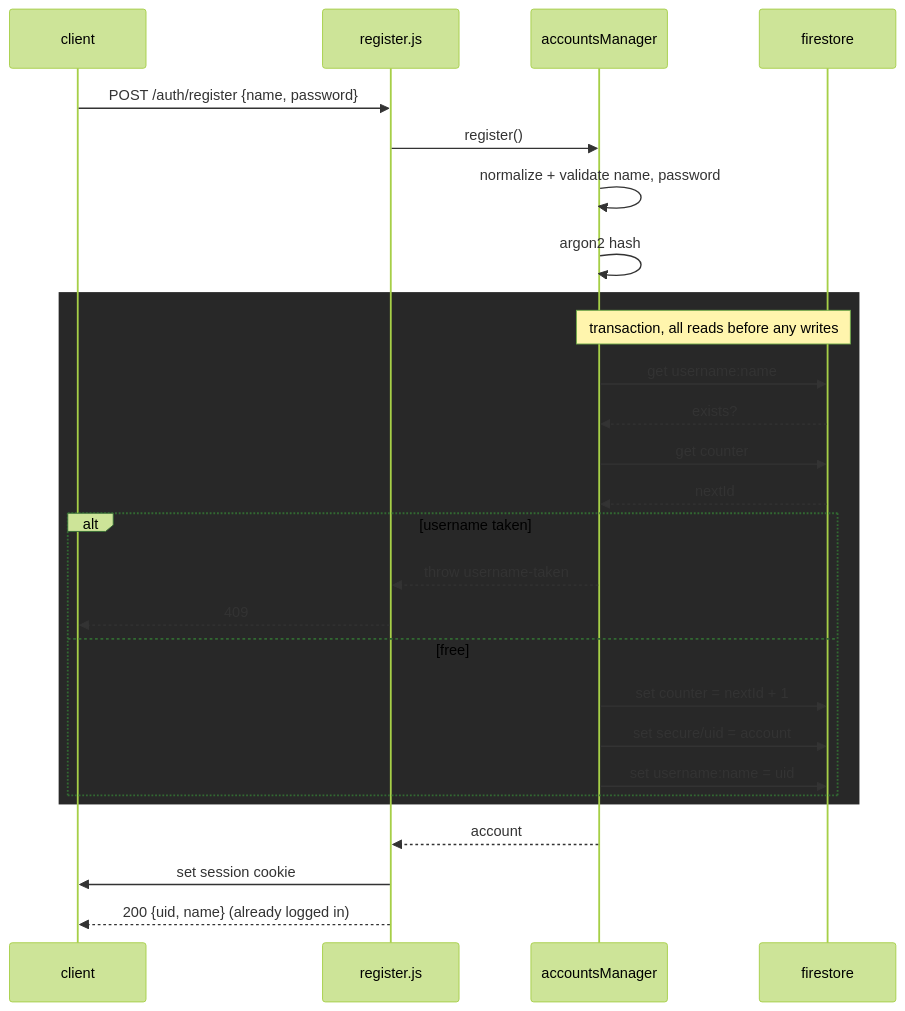
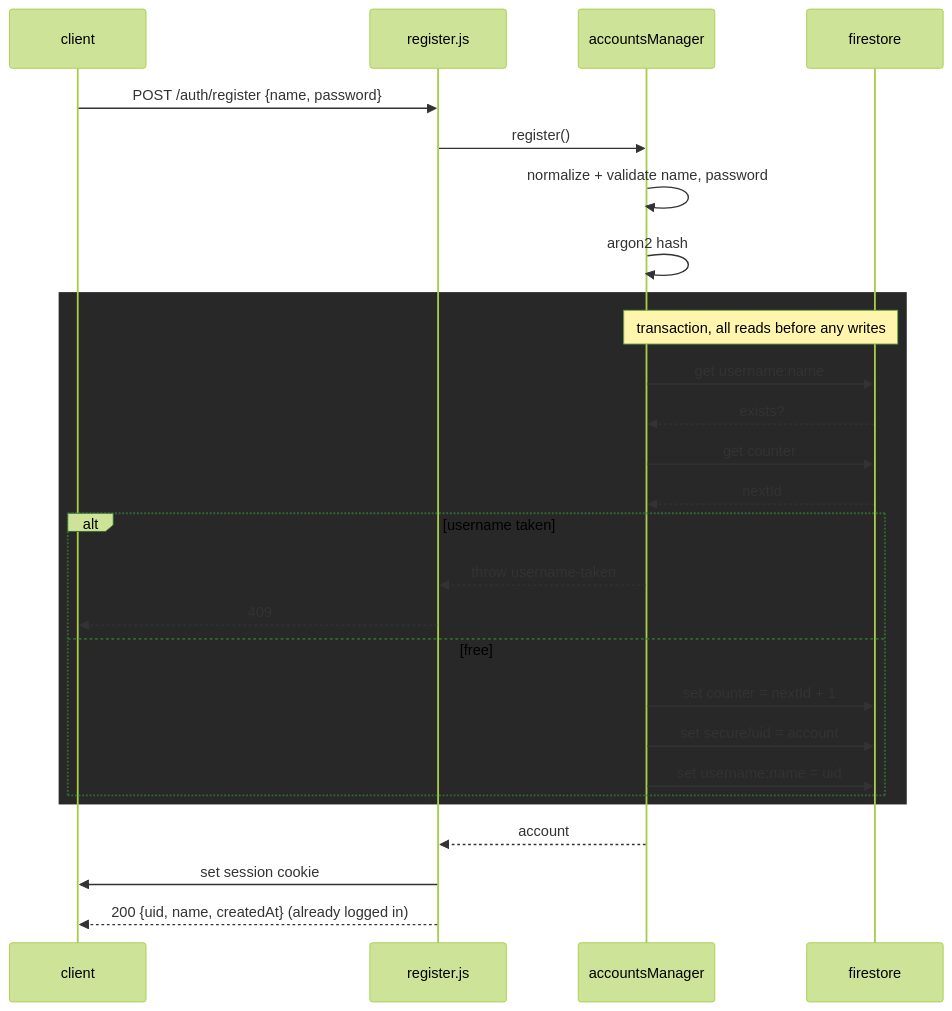
Before and after one commit to Air-zy/airWebsite: the third of 7 diagrams in ARCHITECTURE.md, drawn with Mermaid (forest theme). The commit also changed other lines of this file and 1 other file, not shown here.

First line of the commit message:
docs: architecture and readme match the code again

````diff
--- a/ARCHITECTURE.md
+++ b/ARCHITECTURE.md
@@ -72,33 +78,33 @@
 ```mermaid
 sequenceDiagram
   participant C as client
   participant R as register.js
   participant M as accountsManager
   participant F as firestore
 
   C->>R: POST /auth/register {name, password}
   R->>M: register()
   M->>M: normalize + validate name, password
   M->>M: argon2 hash
 
   rect rgb(40,40,40)
     Note over M,F: transaction, all reads before any writes
     M->>F: get username:name
     F-->>M: exists?
     M->>F: get counter
     F-->>M: nextId
 
     alt username taken
       M-->>R: throw username-taken
       R-->>C: 409
     else free
       M->>F: set counter = nextId + 1
       M->>F: set secure/uid = account
       M->>F: set username:name = uid
     end
   end
 
   M-->>R: account
   R->>C: set session cookie
-  R-->>C: 200 {uid, name} (already logged in)
+  R-->>C: 200 {uid, name, createdAt} (already logged in)
 ```
````
